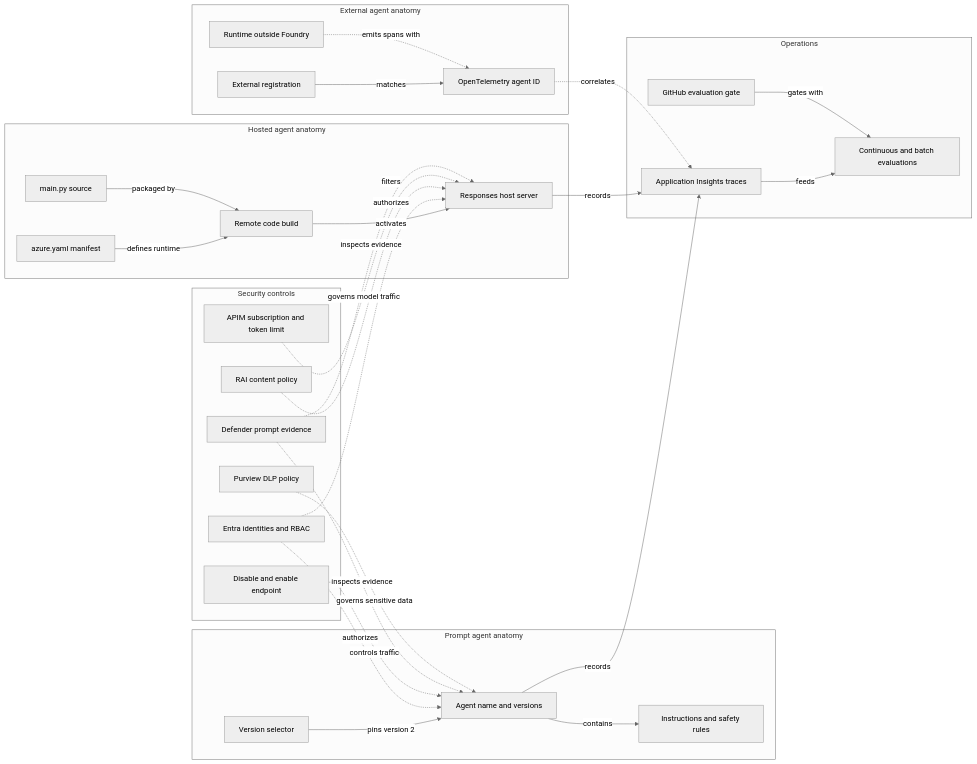
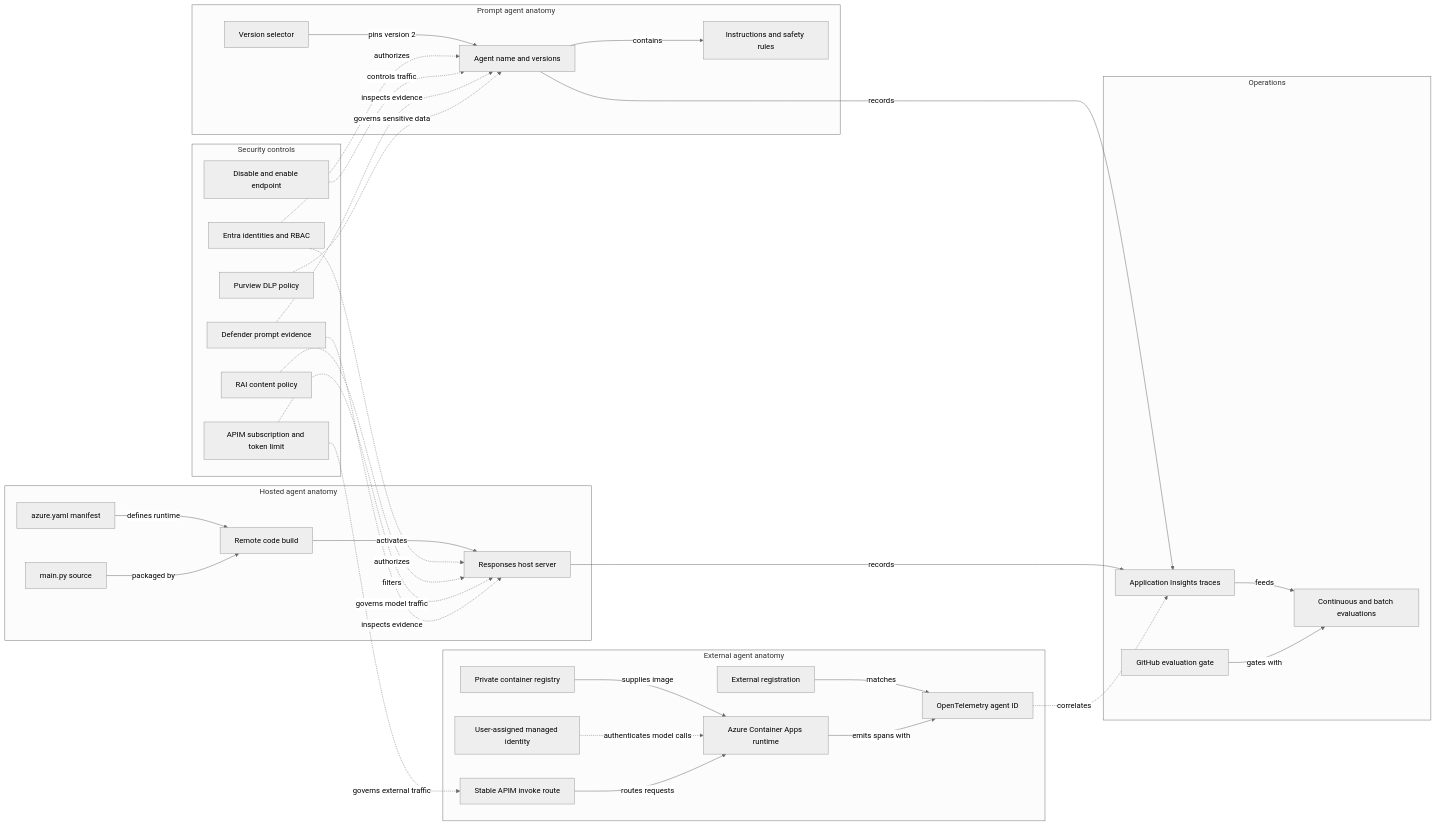
The second of 2 diagrams in .github/modernize/assessment/engines/facts/architecture-diagram.md (maihh97/foundry-control-plane), drawn with Mermaid (neutral theme) before and after one commit. The commit also changed other lines of this file and 23 other files, not shown here.

First line of the commit message:
fix: deploy external agent gateway

````diff
--- a/.github/modernize/assessment/engines/facts/architecture-diagram.md
+++ b/.github/modernize/assessment/engines/facts/architecture-diagram.md
@@ -98,53 +110,60 @@
 ```mermaid
 flowchart LR
     subgraph cPromptLayer["Prompt agent anatomy"]
         cPromptName["Agent name and versions"]
         cPromptRules["Instructions and safety rules"]
         cPromptSelector["Version selector"]
     end
     subgraph cHostedLayer["Hosted agent anatomy"]
         cManifest["azure.yaml manifest"]
         cSource["main.py source"]
         cBuild["Remote code build"]
         cServer["Responses host server"]
     end
     subgraph cExternalLayer["External agent anatomy"]
         cExternalMetadata["External registration"]
         cOtelId["OpenTelemetry agent ID"]
-        cExternalRuntime["Runtime outside Foundry"]
+        cExternalRuntime["Azure Container Apps runtime"]
+        cExternalIdentity["User-assigned managed identity"]
+        cExternalRegistry["Private container registry"]
+        cExternalGateway["Stable APIM invoke route"]
     end
     subgraph cSecurityLayer["Security controls"]
         cEntra["Entra identities and RBAC"]
         cRai["RAI content policy"]
         cApim["APIM subscription and token limit"]
         cKill["Disable and enable endpoint"]
         cDefender["Defender prompt evidence"]
         cPurview["Purview DLP policy"]
     end
     subgraph cOpsLayer["Operations"]
         cTrace["Application Insights traces"]
         cEval["Continuous and batch evaluations"]
         cCi["GitHub evaluation gate"]
     end
 
     cPromptName -->|"contains"| cPromptRules
     cPromptSelector -->|"pins version 2"| cPromptName
     cManifest -->|"defines runtime"| cBuild
     cSource -->|"packaged by"| cBuild
     cBuild -->|"activates"| cServer
     cExternalMetadata -->|"matches"| cOtelId
-    cExternalRuntime -.->|"emits spans with"| cOtelId
+    cExternalRegistry -->|"supplies image"| cExternalRuntime
+    cExternalIdentity -.->|"authenticates model calls"| cExternalRuntime
+    cExternalGateway -->|"routes requests"| cExternalRuntime
+    cExternalRuntime -->|"emits spans with"| cOtelId
     cEntra -.->|"authorizes"| cPromptName
     cEntra -.->|"authorizes"| cServer
     cRai -.->|"filters"| cServer
     cApim -.->|"governs model traffic"| cServer
+    cApim -.->|"governs external traffic"| cExternalGateway
     cKill -.->|"controls traffic"| cPromptName
     cDefender -.->|"inspects evidence"| cPromptName
     cDefender -.->|"inspects evidence"| cServer
     cPurview -.->|"governs sensitive data"| cPromptName
     cPromptName -->|"records"| cTrace
     cServer -->|"records"| cTrace
     cOtelId -.->|"correlates"| cTrace
     cTrace -->|"feeds"| cEval
     cCi -->|"gates with"| cEval
 ```
````
